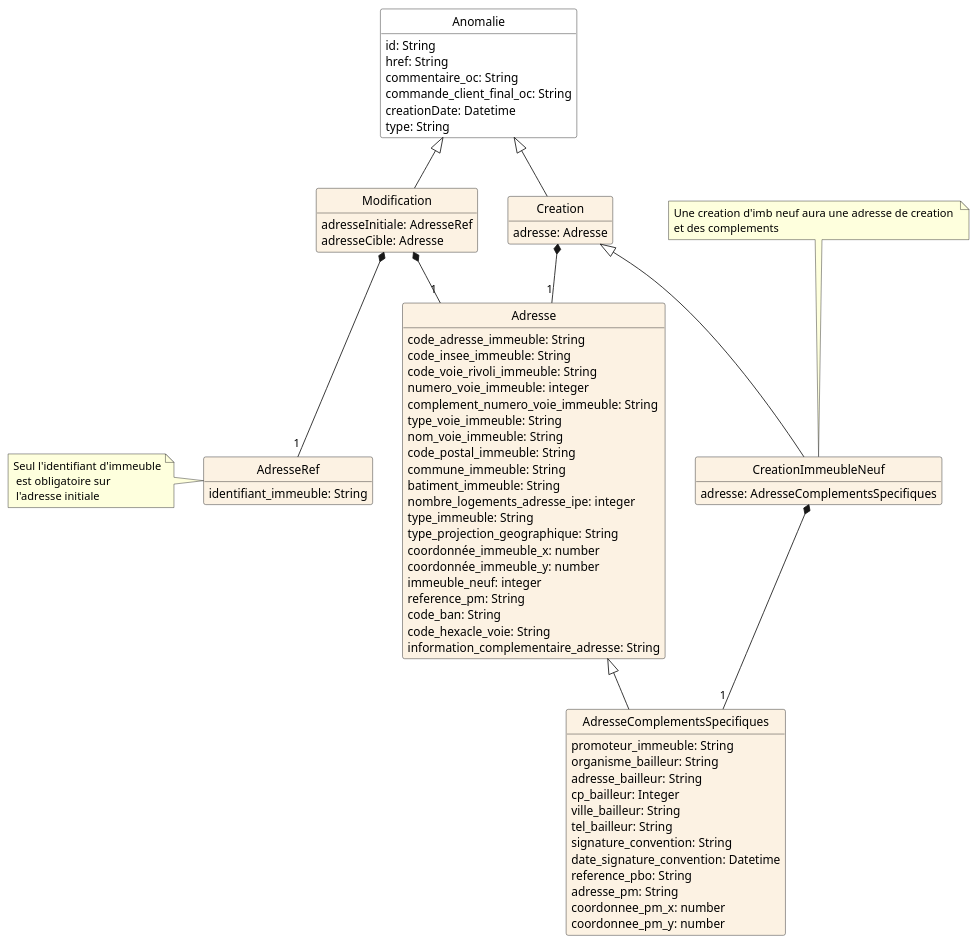
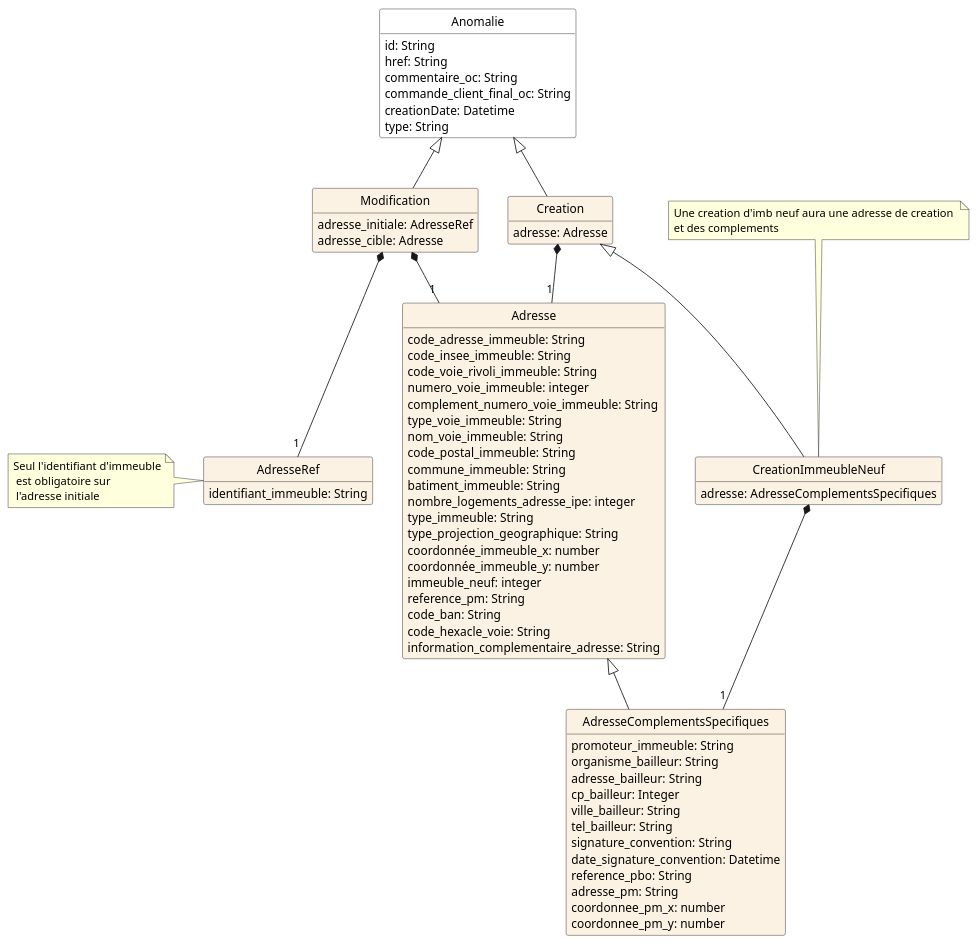
One commit to before-interop/anomalieAdresse changed the diagram in model.puml. Above: the diagram before and after it, drawn with PlantUML.

Commit message:
Update model.puml
mise en conformité des noms de champs

```diff
--- a/model.puml
+++ b/model.puml
@@ -1,92 +1,92 @@
 @startuml
 hide circle
 hide methods
 hide stereotype
 show <<Enumeration>> stereotype
 skinparam class {
    BackgroundColor<<Enumeration>> #E6F5F7
    BackgroundColor<<Ref>> #FFFFE0
    BackgroundColor<<Pivot>> #FFFFFFF
    BackgroundColor #FCF2E3
 }
 
 class Anomalie <<Pivot>> {
     id: String
     href: String
     commentaire_oc: String
     commande_client_final_oc: String
     creationDate: Datetime
     type: String
 }
 
 class Creation {
     adresse: Adresse
 }
 Anomalie <|-- Creation
 
 class Modification {
-    adresseInitiale: AdresseRef
-    adresseCible: Adresse
+    adresse_initiale: AdresseRef
+    adresse_cible: Adresse
 }
 Anomalie <|-- Modification
 
 class Adresse {
     code_adresse_immeuble: String
     code_insee_immeuble: String
     code_voie_rivoli_immeuble: String
     numero_voie_immeuble: integer
     complement_numero_voie_immeuble: String
     type_voie_immeuble: String
     nom_voie_immeuble: String
     code_postal_immeuble: String
     commune_immeuble: String
     batiment_immeuble: String
     nombre_logements_adresse_ipe: integer
     type_immeuble: String
     type_projection_geographique: String
     coordonnée_immeuble_x: number
     coordonnée_immeuble_y: number
     immeuble_neuf: integer
     reference_pm: String
     code_ban: String
     code_hexacle_voie: String
     information_complementaire_adresse: String
 }
 
 Adresse <|-- AdresseComplementsSpecifiques
 
 class AdresseRef {
     identifiant_immeuble: String
 }
 note left: Seul l'identifiant d'immeuble\n est obligatoire sur \n l'adresse initiale
 
 
 Creation *-- "1" Adresse
 
 class CreationImmeubleNeuf {
 adresse: AdresseComplementsSpecifiques
 }
 CreationImmeubleNeuf *-- "1" AdresseComplementsSpecifiques
 
 note top: Une creation d'imb neuf aura une adresse de creation \net des complements
 Creation <|-- CreationImmeubleNeuf
 
 Modification *-- "1" Adresse
 Modification *-- "1" AdresseRef
 
 class AdresseComplementsSpecifiques {
     promoteur_immeuble: String
     organisme_bailleur: String
     adresse_bailleur: String
     cp_bailleur: Integer
     ville_bailleur: String
     tel_bailleur: String
     signature_convention: String
     date_signature_convention: Datetime
     reference_pbo: String
     adresse_pm: String
     coordonnee_pm_x: number
     coordonnee_pm_y: number
 }
 
 @enduml
```
